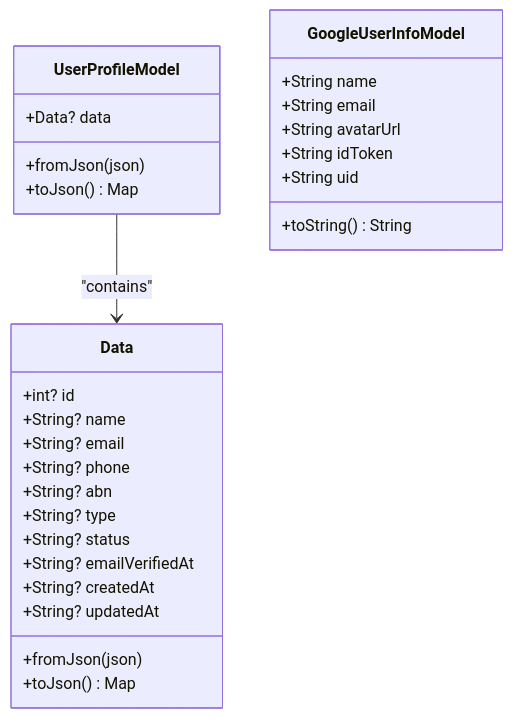
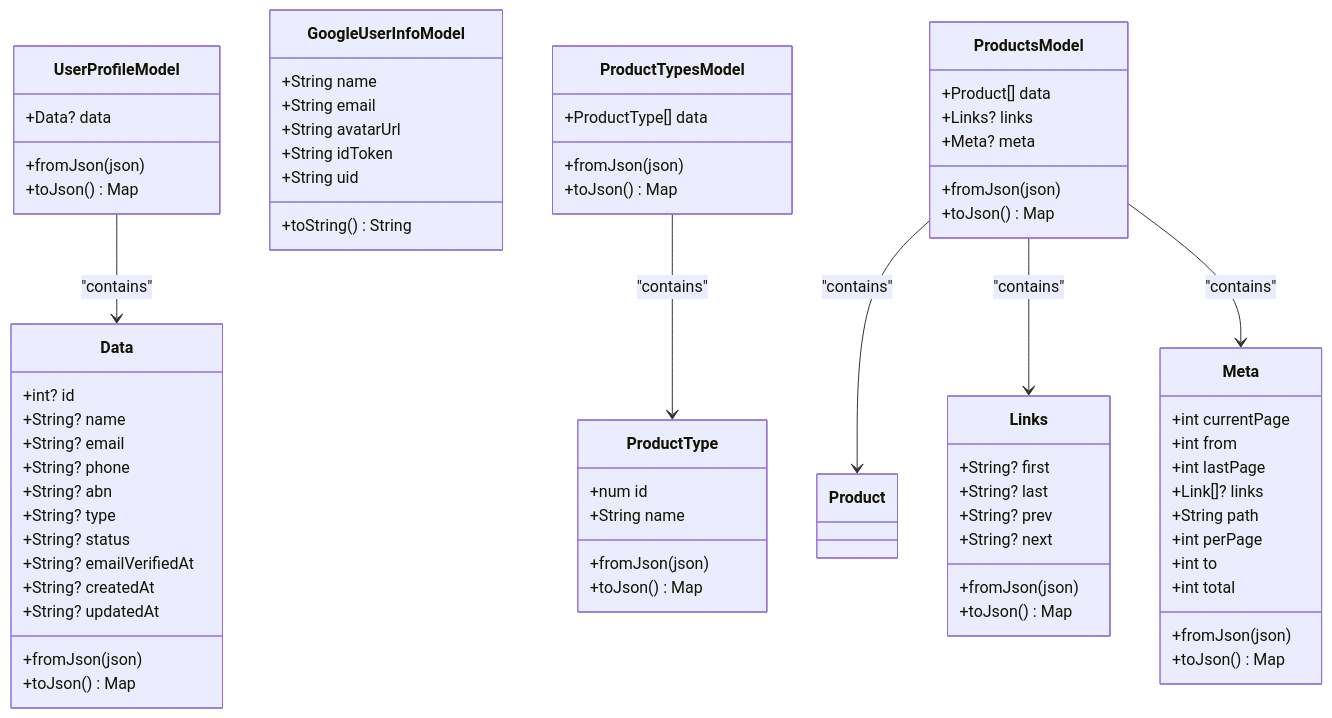
Before and after one commit to Ariful3111/FurniGo: the sixth of 10 diagrams in .qoder/repowiki/en/content/Architecture Overview/Data Layer Architecture.md, drawn with Mermaid. The commit also changed other lines of this file and 8 other files, not shown here.

````diff
--- a/.qoder/repowiki/en/content/Architecture Overview/Data Layer Architecture.md
+++ b/.qoder/repowiki/en/content/Architecture Overview/Data Layer Architecture.md
@@ -333,31 +371,73 @@
 ```mermaid
 classDiagram
 class UserProfileModel {
 +Data? data
 +fromJson(json)
 +toJson() Map
 }
 class Data {
 +int? id
 +String? name
 +String? email
 +String? phone
 +String? abn
 +String? type
 +String? status
 +String? emailVerifiedAt
 +String? createdAt
 +String? updatedAt
 +fromJson(json)
 +toJson() Map
 }
 class GoogleUserInfoModel {
 +String name
 +String email
 +String avatarUrl
 +String idToken
 +String uid
 +toString() String
 }
+class ProductTypesModel {
++ProductType[] data
++fromJson(json)
++toJson() Map
+}
+class ProductType {
++num id
++String name
++fromJson(json)
++toJson() Map
+}
+class ProductsModel {
++Product[] data
++Links? links
++Meta? meta
++fromJson(json)
++toJson() Map
+}
+class Links {
++String? first
++String? last
++String? prev
++String? next
++fromJson(json)
++toJson() Map
+}
+class Meta {
++int currentPage
++int from
++int lastPage
++Link[]? links
++String path
++int perPage
++int to
++int total
++fromJson(json)
++toJson() Map
+}
 UserProfileModel --> Data : "contains"
+ProductTypesModel --> ProductType : "contains"
+ProductsModel --> Product : "contains"
+ProductsModel --> Links : "contains"
+ProductsModel --> Meta : "contains"
 ```
````
